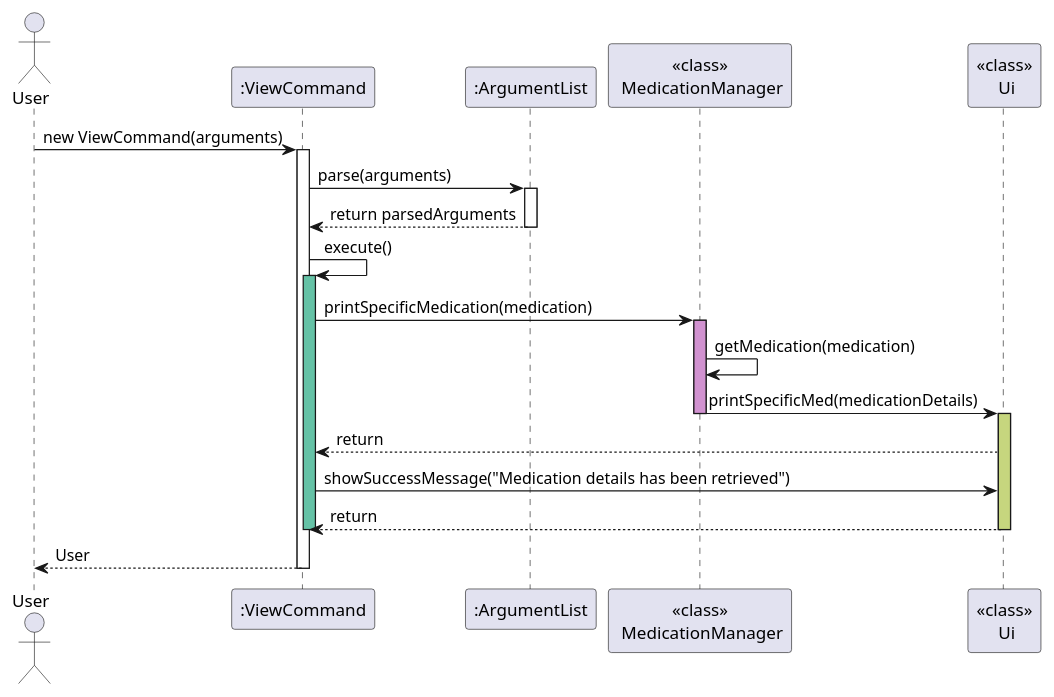
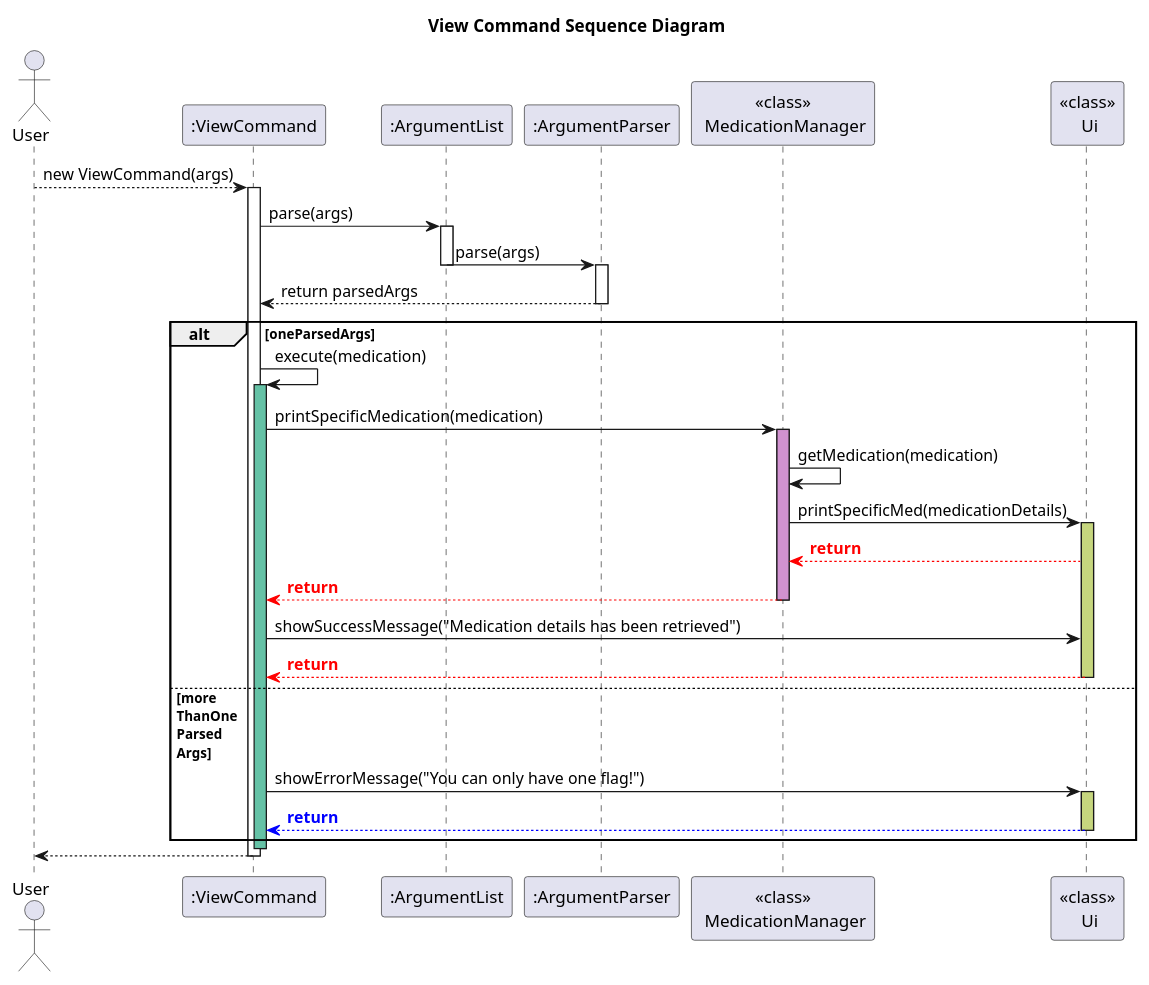
The diagram in docs/diagrams/ViewCommand.puml (e0958902/tp), drawn with PlantUML before and after one commit. The commit also changed 1 other file, not shown here.

Commit message:
Update Sequence Diagram

```diff
--- a/docs/diagrams/ViewCommand.puml
+++ b/docs/diagrams/ViewCommand.puml
@@ -1,32 +1,52 @@
 @startuml
+
 actor User
+title View Command Sequence Diagram
 participant ":ViewCommand" as ViewCommand
 participant ":ArgumentList" as ArgumentList
+participant ":ArgumentParser" as ArgumentParser
 participant "<<class>>\n MedicationManager" as MedicationManager
 participant "<<class>>\n Ui" as Ui
 
-User -> ViewCommand: new ViewCommand(arguments)
+User --> ViewCommand: new ViewCommand(args)
 activate ViewCommand
-ViewCommand -> ArgumentList: parse(arguments)
+ViewCommand -> ArgumentList: parse(args)
+
 activate ArgumentList
-ArgumentList --> ViewCommand: return parsedArguments
+ArgumentList -> ArgumentParser: parse(args)
 deactivate ArgumentList
 
-ViewCommand -> ViewCommand: execute()
-activate ViewCommand #65c2a6
+activate ArgumentParser
+ArgumentParser --> ViewCommand: return parsedArgs
+deactivate ArgumentParser
 
-ViewCommand -> MedicationManager: printSpecificMedication(medication)
-activate MedicationManager #d192d0
-MedicationManager -> MedicationManager: getMedication(medication)
+alt #transparent oneParsedArgs
+    ViewCommand -> ViewCommand: execute(medication)
+    activate ViewCommand #65c2a6
 
-MedicationManager -> Ui: printSpecificMed(medicationDetails)
-deactivate MedicationManager
-activate Ui #c6d67e
-Ui --> ViewCommand: return
+    ViewCommand -> MedicationManager: printSpecificMedication(medication)
+    activate MedicationManager #d192d0
+    MedicationManager -> MedicationManager: getMedication(medication)
 
-ViewCommand -> Ui: showSuccessMessage("Medication details has been retrieved")
-Ui --> ViewCommand: return
-deactivate Ui
+    MedicationManager -> Ui: printSpecificMed(medicationDetails)
+    activate Ui #c6d67e
+    Ui --[#red]> MedicationManager: <font color=red><b>return
+    MedicationManager --[#red]> ViewCommand: <font color=red><b>return
+    deactivate MedicationManager
+
+    ViewCommand -> Ui: showSuccessMessage("Medication details has been retrieved")
+    Ui --[#red]> ViewCommand: <font color=red><b>return
+    deactivate Ui
+
+else #transparent more\nThanOne\nParsed\nArgs
+    ViewCommand -> Ui: showErrorMessage("You can only have one flag!")
+    activate Ui #c6d67e
+    Ui --[#blue]> ViewCommand: <font color=blue><b>return
+    deactivate Ui
+end
+
 deactivate ViewCommand
-return User
+User <-- ViewCommand
+deactivate ViewCommand
+
 @enduml
```
